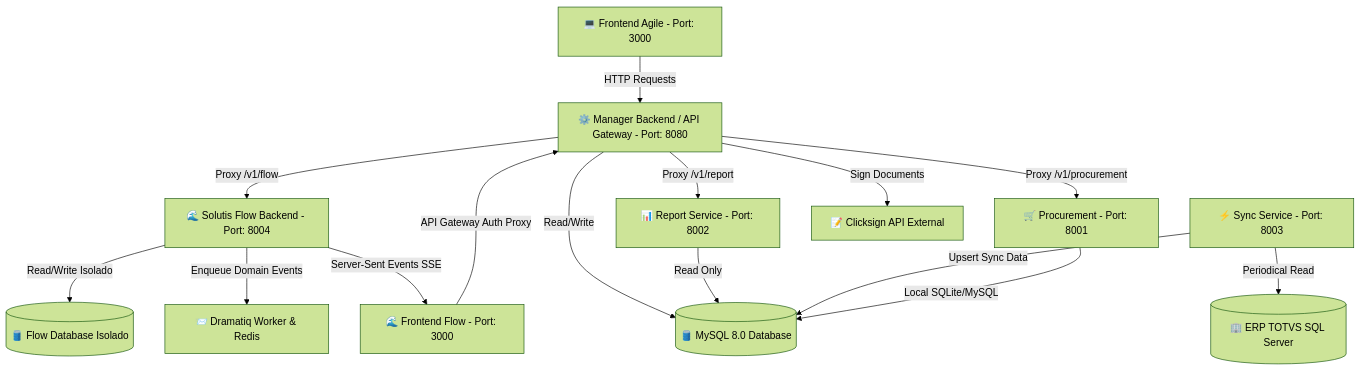
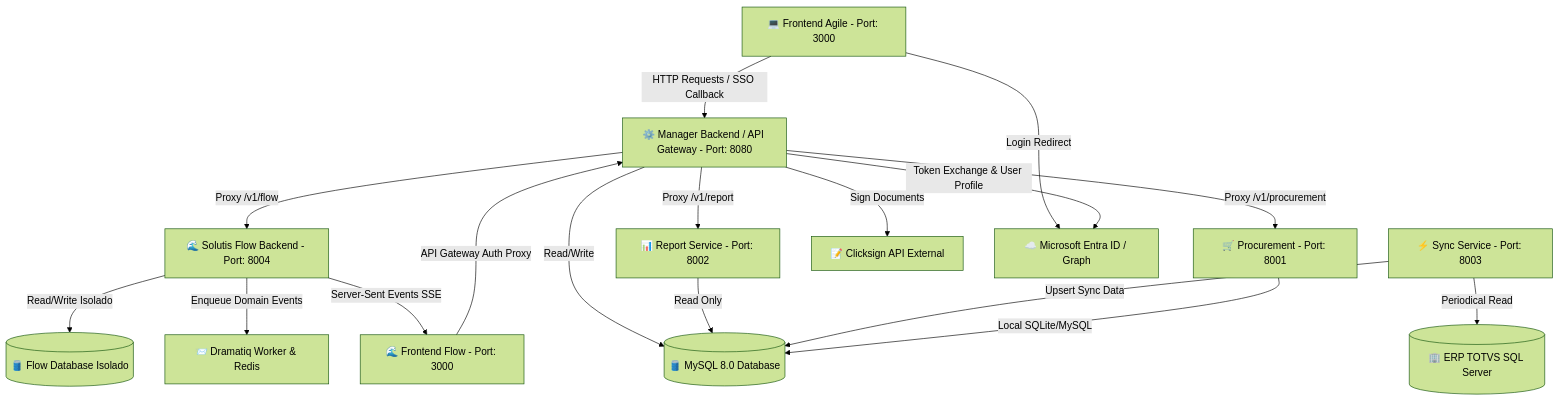
One commit to pedrogs97/solutis-agile changed the diagram in .spec/architecture.md. Above: the diagram before and after it, drawn with Mermaid (forest theme). The commit also changed other lines of this file and 37 other files, not shown here.

````diff
--- a/.spec/architecture.md
+++ b/.spec/architecture.md
@@ -5,41 +5,44 @@
 ```mermaid
 graph TD
     %% Frontend
     FE[💻 Frontend Agile - Port: 3000]
     FL[🌊 Frontend Flow - Port: 3000]
 
     %% APIs / Backends
     MB[⚙️ Manager Backend / API Gateway - Port: 8080]
     PR[🛒 Procurement - Port: 8001]
     RP[📊 Report Service - Port: 8002]
     SY[⚡ Sync Service - Port: 8003]
     FB[🌊 Solutis Flow Backend - Port: 8004]
 
     %% Queues & Workers
     DQ[📨 Dramatiq Worker & Redis]
 
     %% Databases / External
     DB[(🛢️ MySQL 8.0 Database)]
     FDB[(🛢️ Flow Database Isolado)]
     TOTVS[(🏢 ERP TOTVS SQL Server)]
     CS[📝 Clicksign API External]
+    AZ[☁️ Microsoft Entra ID / Graph]
 
     %% Connections
-    FE -->|HTTP Requests| MB
+    FE -->|HTTP Requests / SSO Callback| MB
+    FE -->|Login Redirect| AZ
     FL -->|API Gateway Auth Proxy| MB
     MB -->|Proxy /v1/flow| FB
     MB -->|Proxy /v1/procurement| PR
     MB -->|Proxy /v1/report| RP
 
     MB -->|Read/Write| DB
     MB -->|Sign Documents| CS
+    MB -->|Token Exchange & User Profile| AZ
 
     FB -->|Read/Write Isolado| FDB
     FB -->|Enqueue Domain Events| DQ
     FB -->|Server-Sent Events SSE| FL
 
     RP -->|Read Only| DB
     SY -->|Periodical Read| TOTVS
     SY -->|Upsert Sync Data| DB
     PR -->|Local SQLite/MySQL| DB
 ```
````
